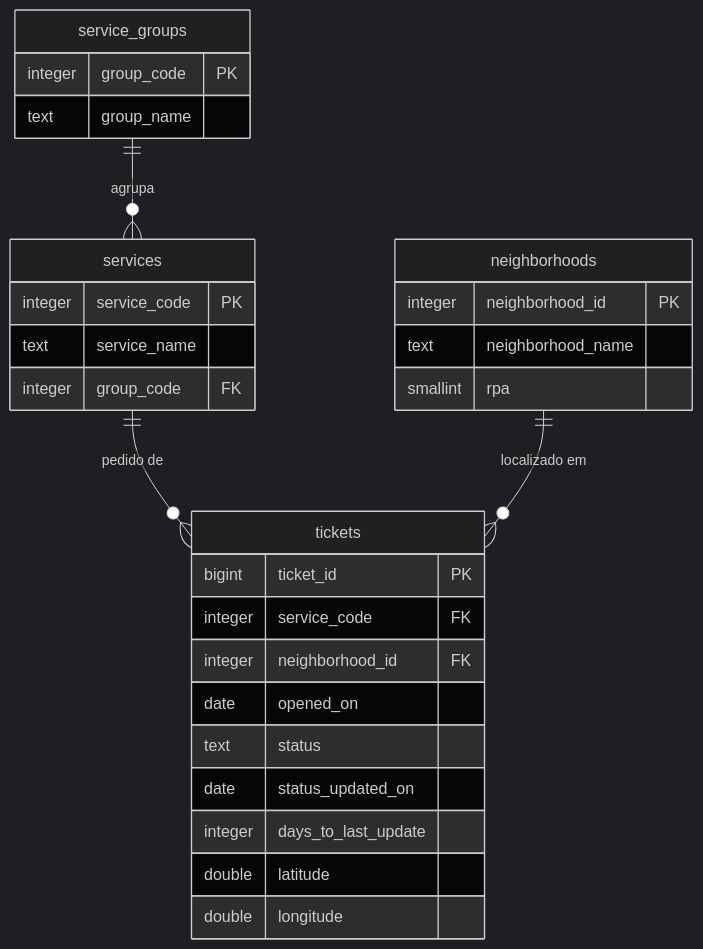
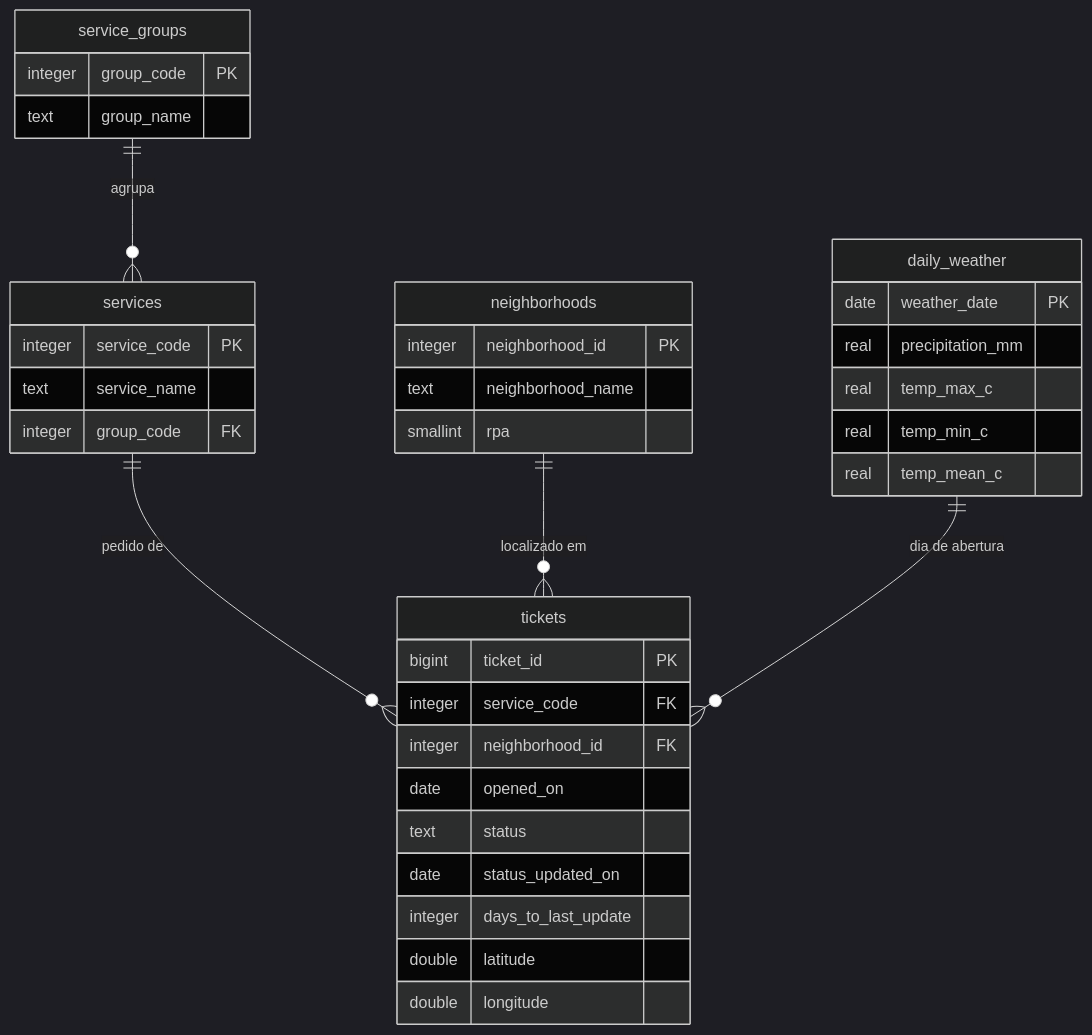
The second of 2 diagrams in README.md (nogsposito/recife-156), drawn with Mermaid (dark theme) before and after one commit. The commit also changed other lines of this file and 28 other files, not shown here.

````diff
--- a/README.md
+++ b/README.md
@@ -39,31 +43,39 @@
 ```mermaid
 erDiagram
     service_groups ||--o{ services : agrupa
     services ||--o{ tickets : "pedido de"
     neighborhoods ||--o{ tickets : "localizado em"
+    daily_weather ||--o{ tickets : "dia de abertura"
     service_groups {
         integer group_code PK
         text group_name
     }
     services {
         integer service_code PK
         text service_name
         integer group_code FK
     }
     neighborhoods {
         integer neighborhood_id PK
         text neighborhood_name
         smallint rpa
     }
+    daily_weather {
+        date weather_date PK
+        real precipitation_mm
+        real temp_max_c
+        real temp_min_c
+        real temp_mean_c
+    }
     tickets {
         bigint ticket_id PK
         integer service_code FK
         integer neighborhood_id FK
         date opened_on
         text status
         date status_updated_on
         integer days_to_last_update
         double latitude
         double longitude
     }
 ```
````
